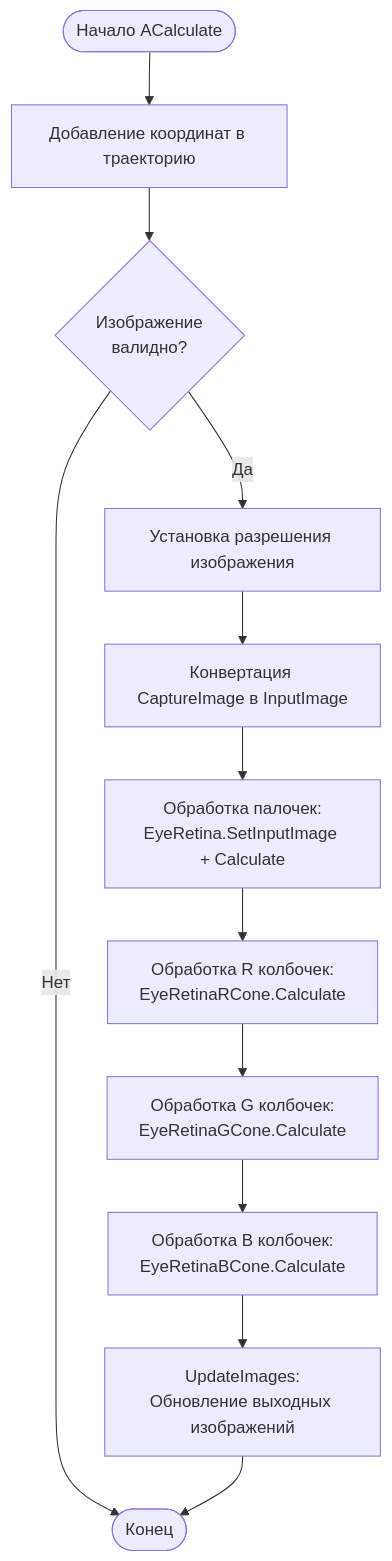
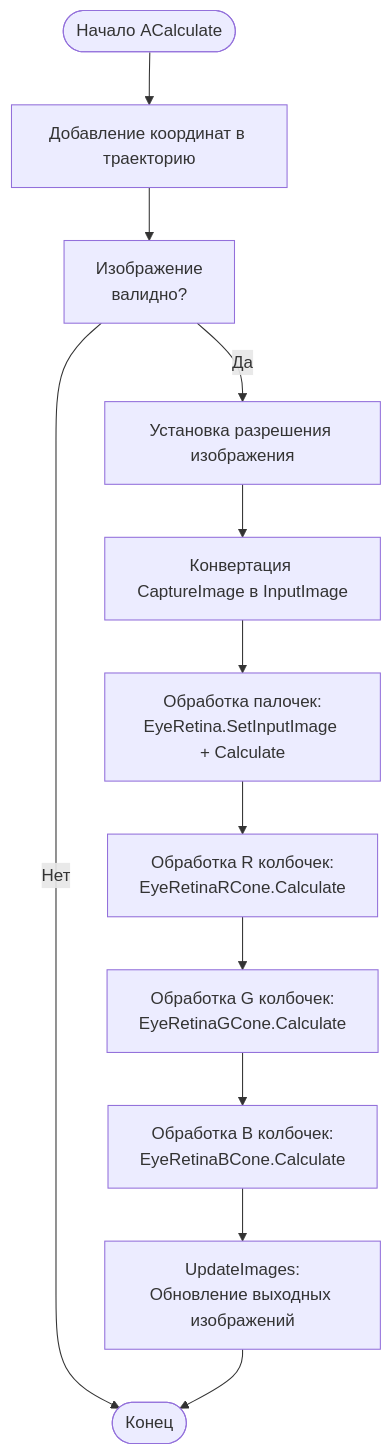
The fourth of 5 diagrams in Docs/Components/NEyeRetina.md (aicommunity/Nmsdk-MotionControlLib), drawn with Mermaid before and after one commit. The commit also changed other lines of this file and 39 other files, not shown here.

First line of the commit message:
docs(motion): normalize mermaid node ids with quoted labels

````diff
--- a/Docs/Components/NEyeRetina.md
+++ b/Docs/Components/NEyeRetina.md
@@ -131,14 +131,14 @@
 ```mermaid
 flowchart TD
     Start([Начало ACalculate]) --> AddTrajectory[Добавление координат в траекторию]
-    AddTrajectory --> CheckImage{Изображение<br/>валидно?}
+    AddTrajectory --> CheckImage["Изображение<br/>валидно?"]
     CheckImage -->|Нет| End([Конец])
     CheckImage -->|Да| SetResolution[Установка разрешения изображения]
     SetResolution --> ConvertImage[Конвертация CaptureImage в InputImage]
-    ConvertImage --> ProcessRods[Обработка палочек:<br/>EyeRetina.SetInputImage + Calculate]
-    ProcessRods --> ProcessRCone[Обработка R колбочек:<br/>EyeRetinaRCone.Calculate]
-    ProcessRCone --> ProcessGCone[Обработка G колбочек:<br/>EyeRetinaGCone.Calculate]
-    ProcessGCone --> ProcessBCone[Обработка B колбочек:<br/>EyeRetinaBCone.Calculate]
-    ProcessBCone --> UpdateImages[UpdateImages:<br/>Обновление выходных изображений]
+    ConvertImage --> ProcessRods["Обработка палочек:<br/>EyeRetina.SetInputImage + Calculate"]
+    ProcessRods --> ProcessRCone["Обработка R колбочек:<br/>EyeRetinaRCone.Calculate"]
+    ProcessRCone --> ProcessGCone["Обработка G колбочек:<br/>EyeRetinaGCone.Calculate"]
+    ProcessGCone --> ProcessBCone["Обработка B колбочек:<br/>EyeRetinaBCone.Calculate"]
+    ProcessBCone --> UpdateImages["UpdateImages:<br/>Обновление выходных изображений"]
     UpdateImages --> End
 ```
````
